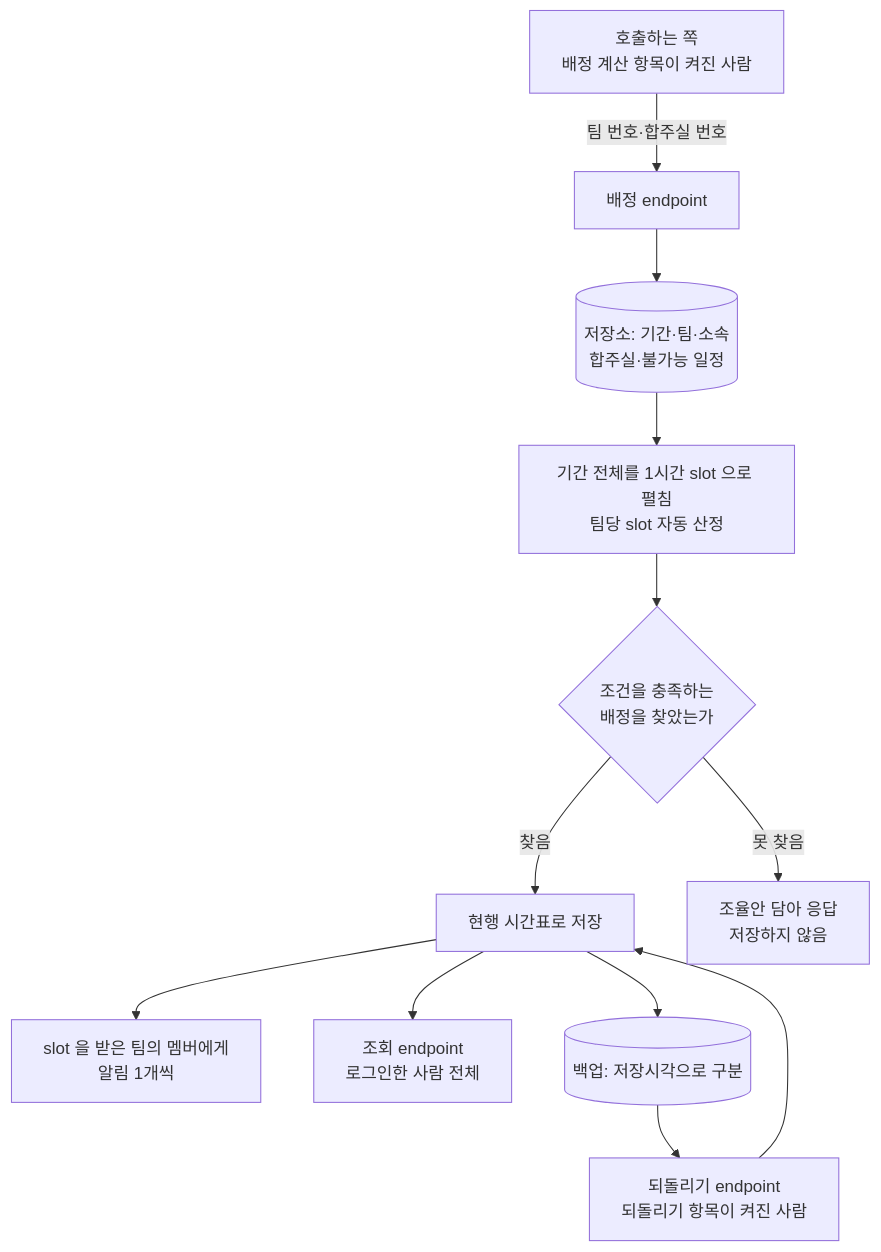
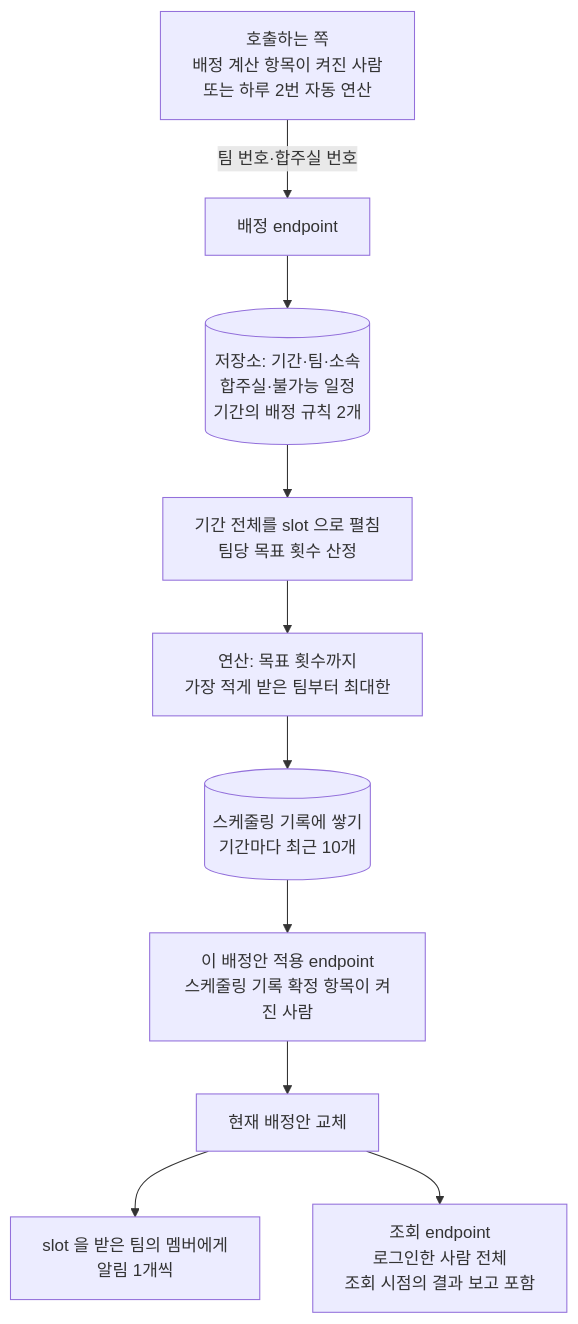
Before and after one commit to minkong-dev/Banblit: the diagram in .cluedoc/scheduling-api/period-assignment/period-assignment.md, drawn with Mermaid. The commit also changed other lines of this file and 40 other files, not shown here.

````diff
--- a/.cluedoc/scheduling-api/period-assignment/period-assignment.md
+++ b/.cluedoc/scheduling-api/period-assignment/period-assignment.md
@@ -21,14 +24,12 @@
 ```mermaid
 flowchart TD
-    R[호출하는 쪽<br/>배정 계산 항목이 켜진 사람] -->|팀 번호·합주실 번호| A[배정 endpoint]
-    A --> D[(저장소: 기간·팀·소속<br/>합주실·불가능 일정)]
-    D --> E[기간 전체를 1시간 slot 으로 펼침<br/>팀당 slot 자동 산정]
-    E --> F{조건을 충족하는<br/>배정을 찾았는가}
-    F -->|찾음| S[현행 시간표로 저장]
-    F -->|못 찾음| P[조율안 담아 응답<br/>저장하지 않음]
+    R[호출하는 쪽<br/>배정 계산 항목이 켜진 사람<br/>또는 하루 2번 자동 연산] -->|팀 번호·합주실 번호| A[배정 endpoint]
+    A --> D[(저장소: 기간·팀·소속<br/>합주실·불가능 일정<br/>기간의 배정 규칙 2개)]
+    D --> E[기간 전체를 slot 으로 펼침<br/>팀당 목표 횟수 산정]
+    E --> F[연산: 목표 횟수까지<br/>가장 적게 받은 팀부터 최대한]
+    F --> B[(스케줄링 기록에 쌓기<br/>기간마다 최근 10개)]
+    B --> K[이 배정안 적용 endpoint<br/>스케줄링 기록 확정 항목이 켜진 사람]
+    K --> S[현재 배정안 교체]
     S --> W[slot 을 받은 팀의 멤버에게<br/>알림 1개씩]
-    S --> G[조회 endpoint<br/>로그인한 사람 전체]
-    S --> B[(백업: 저장시각으로 구분)]
-    B --> K[되돌리기 endpoint<br/>되돌리기 항목이 켜진 사람]
-    K --> S
+    S --> G[조회 endpoint<br/>로그인한 사람 전체<br/>조회 시점의 결과 보고 포함]
 ```
````
